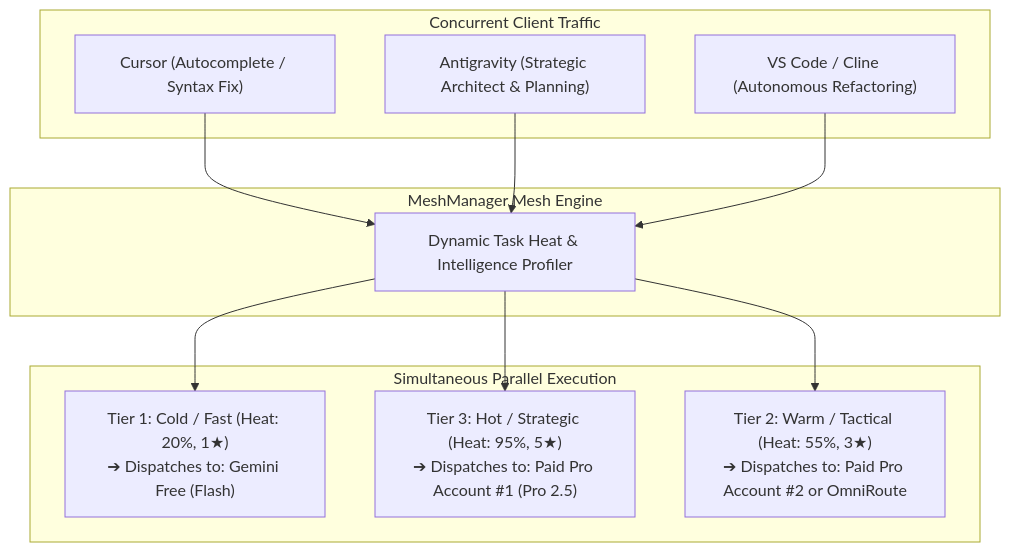
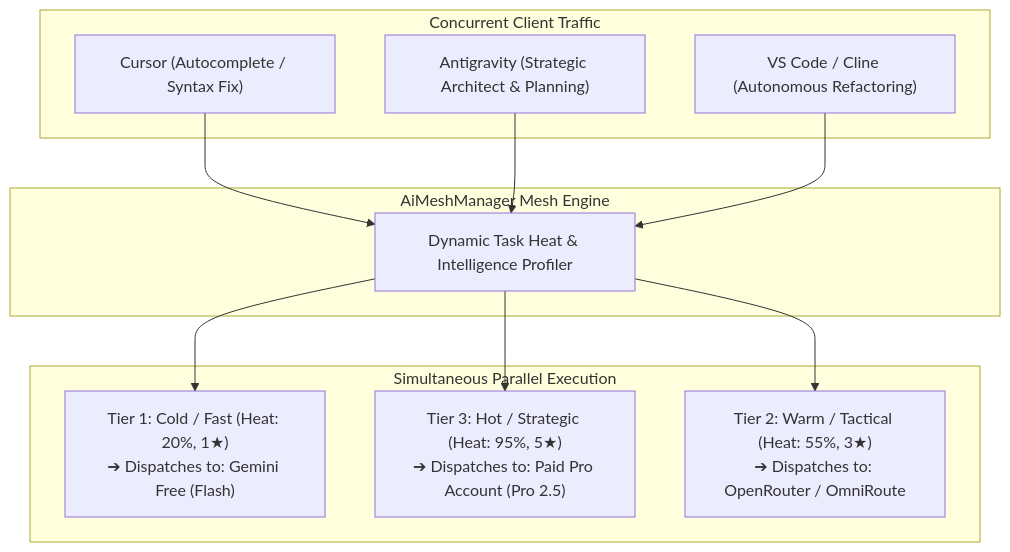
The first of 3 diagrams in README.md (ommedical/AiMeshManager), drawn with Mermaid before and after one commit. The commit also changed other lines of this file, not shown here.

Commit message:
docs: restructure README with blank startup, account editing, key verification, and unified information flow

````diff
--- a/README.md
+++ b/README.md
@@ -125,26 +373,26 @@
 ```mermaid
 flowchart TD
     subgraph Clients["Concurrent Client Traffic"]
         C1["Cursor (Autocomplete / Syntax Fix)"]
         C2["Antigravity (Strategic Architect & Planning)"]
         C3["VS Code / Cline (Autonomous Refactoring)"]
     end
 
-    subgraph Gateway["MeshManager Mesh Engine"]
+    subgraph Gateway["AiMeshManager Mesh Engine"]
         Router["Dynamic Task Heat & Intelligence Profiler"]
     end
 
     subgraph Dispatches["Simultaneous Parallel Execution"]
         D1["Tier 1: Cold / Fast (Heat: 20%, 1★)<br/>➔ Dispatches to: Gemini Free (Flash)"]
-        D2["Tier 3: Hot / Strategic (Heat: 95%, 5★)<br/>➔ Dispatches to: Paid Pro Account #1 (Pro 2.5)"]
-        D3["Tier 2: Warm / Tactical (Heat: 55%, 3★)<br/>➔ Dispatches to: Paid Pro Account #2 or OmniRoute"]
+        D2["Tier 3: Hot / Strategic (Heat: 95%, 5★)<br/>➔ Dispatches to: Paid Pro Account (Pro 2.5)"]
+        D3["Tier 2: Warm / Tactical (Heat: 55%, 3★)<br/>➔ Dispatches to: OpenRouter / OmniRoute"]
     end
 
     C1 --> Router
     C2 --> Router
     C3 --> Router
 
     Router --> D1
     Router --> D2
     Router --> D3
 ```
````
